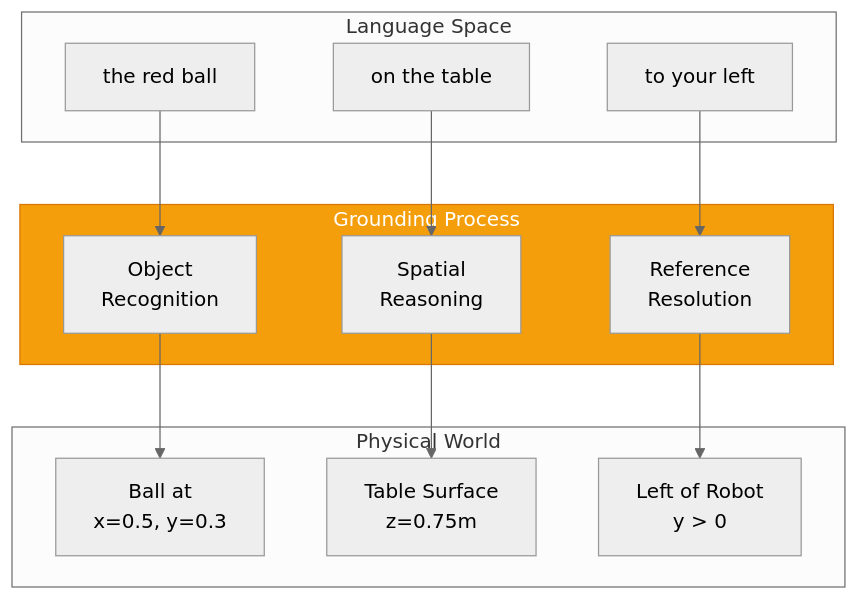
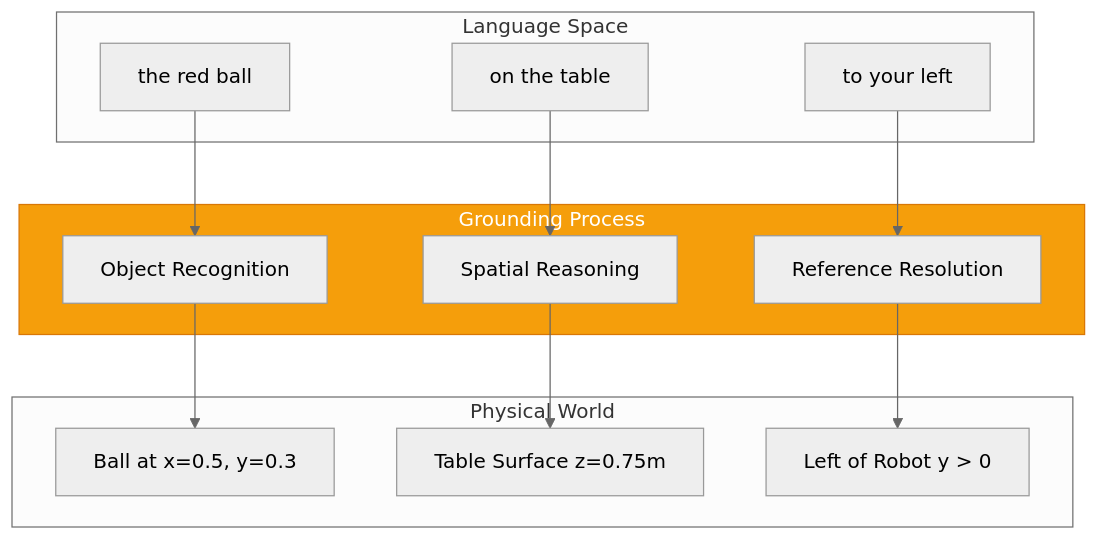
One commit to shakir-hussain1/physical-AI-and-humanoid-robotics-textbook-by-shakir-hussain changed the fourth of 6 diagrams in docs/modules/module-4-vla/chapter-13-vla-intro.md. Above: the diagram before and after it, drawn with Mermaid (neutral theme). The commit also changed other lines of this file and 17 other files, not shown here.

Commit message:
fix: Remove br tags from Mermaid diagrams causing parse errors

````diff
--- a/docs/modules/module-4-vla/chapter-13-vla-intro.md
+++ b/docs/modules/module-4-vla/chapter-13-vla-intro.md
@@ -328,26 +328,26 @@
 ```mermaid
 flowchart TD
     subgraph Language["Language Space"]
         L1["the red ball"]
         L2["on the table"]
         L3["to your left"]
     end
 
     subgraph Grounding["Grounding Process"]
-        G1[Object<br/>Recognition]
-        G2[Spatial<br/>Reasoning]
-        G3[Reference<br/>Resolution]
+        G1[Object Recognition]
+        G2[Spatial Reasoning]
+        G3[Reference Resolution]
     end
 
     subgraph Physical["Physical World"]
-        P1[Ball at<br/>x=0.5, y=0.3]
-        P2[Table Surface<br/>z=0.75m]
-        P3[Left of Robot<br/>y > 0]
+        P1[Ball at x=0.5, y=0.3]
+        P2[Table Surface z=0.75m]
+        P3[Left of Robot y > 0]
     end
 
     L1 --> G1 --> P1
     L2 --> G2 --> P2
     L3 --> G3 --> P3
 
     style Grounding fill:#f59e0b,stroke:#d97706,color:#fff
 ```
````
